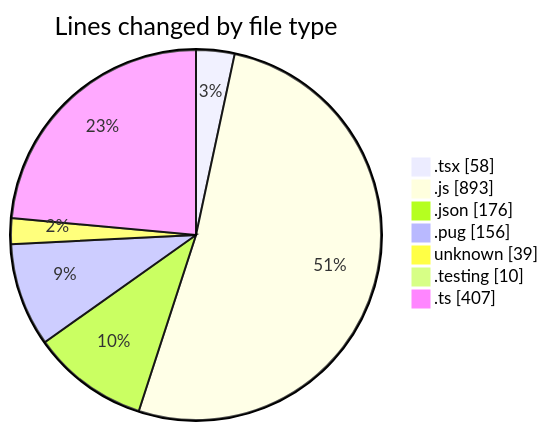
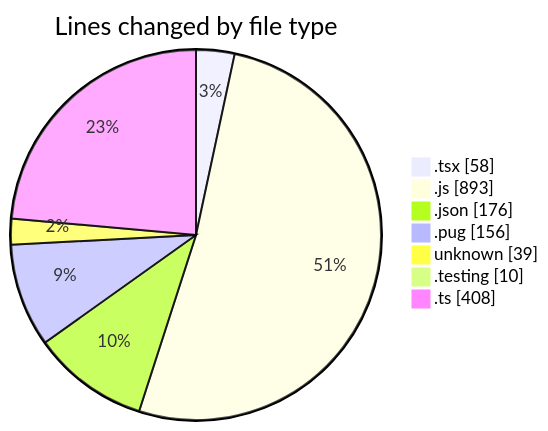
The first of 2 diagrams in 2025-03-07/cda/README.md (momahboobian/code-tracking), drawn with Mermaid before and after one commit. The commit also changed other lines of this file and 1 other file, not shown here.

````diff
--- a/2025-03-07/cda/README.md
+++ b/2025-03-07/cda/README.md
@@ -33,11 +33,11 @@
 ```mermaid
 pie showData
 title Lines changed by file type
 ".tsx" : 58
 ".js" : 893
 ".json" : 176
 ".pug" : 156
 "unknown" : 39
 ".testing" : 10
-".ts" : 407
+".ts" : 408
 ```
````
